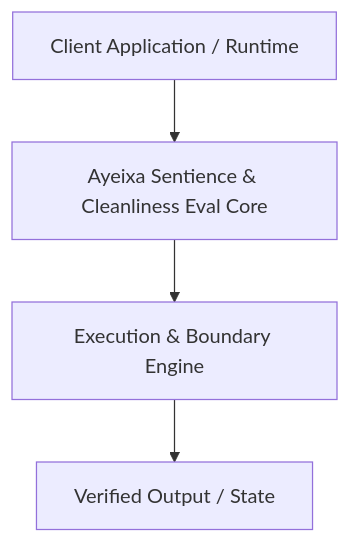
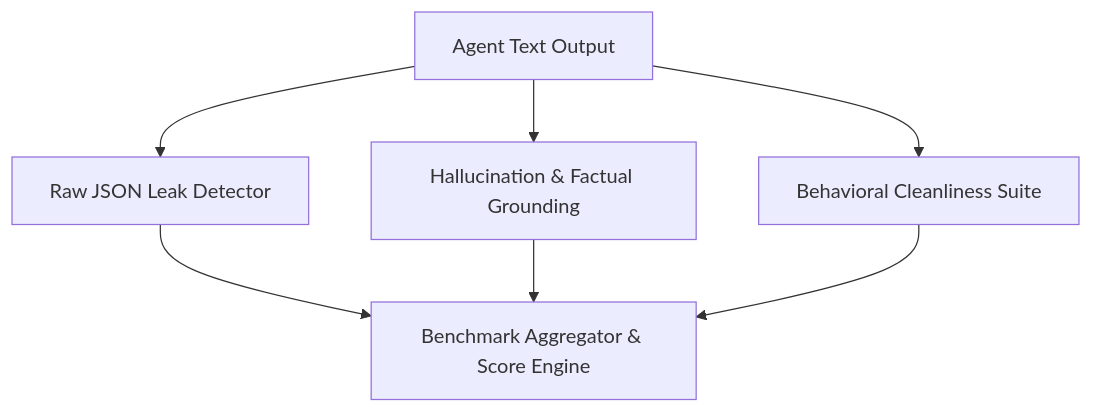
The diagram in ARCHITECTURE.md (alpallovy/ayeixa-sentience-eval), drawn with Mermaid before and after one commit. The commit also changed other lines of this file and 18 other files, not shown here.

````diff
--- a/ARCHITECTURE.md
+++ b/ARCHITECTURE.md
@@ -7,6 +7,7 @@
 ```mermaid
 flowchart TD
-    Client["Client Application / Runtime"] --> Router["Ayeixa Sentience & Cleanliness Eval Core"]
-    Router --> Engine["Execution & Boundary Engine"]
-    Engine --> Output["Verified Output / State"]
+    Output["Agent Text Output"] --> JsonDetector["Raw JSON Leak Detector"]
+    Output --> Hallucination["Hallucination & Factual Grounding"]
+    Output --> Cleanliness["Behavioral Cleanliness Suite"]
+    JsonDetector & Hallucination & Cleanliness --> Benchmark["Benchmark Aggregator & Score Engine"]
 ```
````
